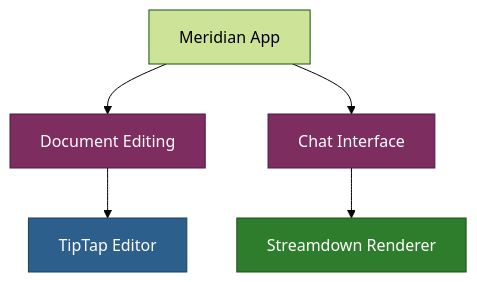
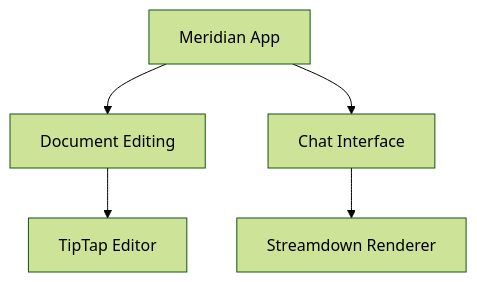
Before and after one commit to haowjy/meridian-flow: the third of 3 diagrams in _docs/technical/frontend/architecture/thread-rendering-research.md, drawn with Mermaid (forest theme). The commit also changed other lines of this file and 46 other files, not shown here.

````diff
--- a/_docs/technical/frontend/architecture/thread-rendering-research.md
+++ b/_docs/technical/frontend/architecture/thread-rendering-research.md
@@ -703,17 +700,13 @@
 ```mermaid
 flowchart TD
     App[Meridian App]
     Docs[Document Editing]
     Chat[Chat Interface]
 
     App --> Docs
     App --> Chat
 
     Docs --> TipTap[TipTap Editor]
     Chat --> Streamdown[Streamdown Renderer]
 
-    style TipTap fill:#2d5f8d,stroke:#1a3f5a,color:#fff
-    style Streamdown fill:#2d7d2d,stroke:#1e4d1e,color:#fff
-    style Docs fill:#7d2d5f,stroke:#4d1a3f,color:#fff
-    style Chat fill:#7d2d5f,stroke:#4d1a3f,color:#fff
 ```
````
